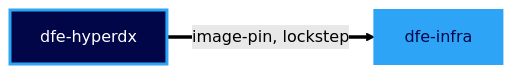
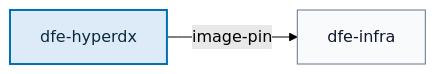
Before and after one commit to hyperi-io/dfe-infra: diagram 11 of 19 in docs/suite-graph.md, drawn with Mermaid (forest theme). The commit also changed other lines of this file and 5 other files, not shown here.

First line of the commit message:
fix(suite-graph): draw the suite diagrams to the diagram standard

````diff
--- a/docs/suite-graph.md
+++ b/docs/suite-graph.md
@@ -263,8 +366,14 @@
 ```mermaid
 flowchart LR
-  dfe_hyperdx["dfe-hyperdx"]:::producer
-  dfe_infra["dfe-infra"]:::suite
-  dfe_hyperdx ==>|image-pin, lockstep| dfe_infra
-  classDef suite fill:#2EA4F6,stroke:#2EA4F6,stroke-width:2px,color:#000647
-  classDef producer fill:#000647,stroke:#2EA4F6,stroke-width:3px,color:#FFFFFF
+    accTitle: L4 Detail -- dfe-hyperdx build cycle
+    accDescr: A dfe-hyperdx release puts 1 consumer in motion. dfe-infra takes image-pin.
+
+    dfe_hyperdx["dfe-hyperdx"]
+    dfe_infra["dfe-infra"]
+
+    dfe_hyperdx -->|image-pin| dfe_infra
+
+    classDef default fill:#F8FAFC,stroke:#64748B,stroke-width:1px,color:#0F172A
+    classDef core fill:#DCEBF7,stroke:#0072B2,stroke-width:2px,color:#0B2A3F
+    class dfe_hyperdx core
 ```
````
